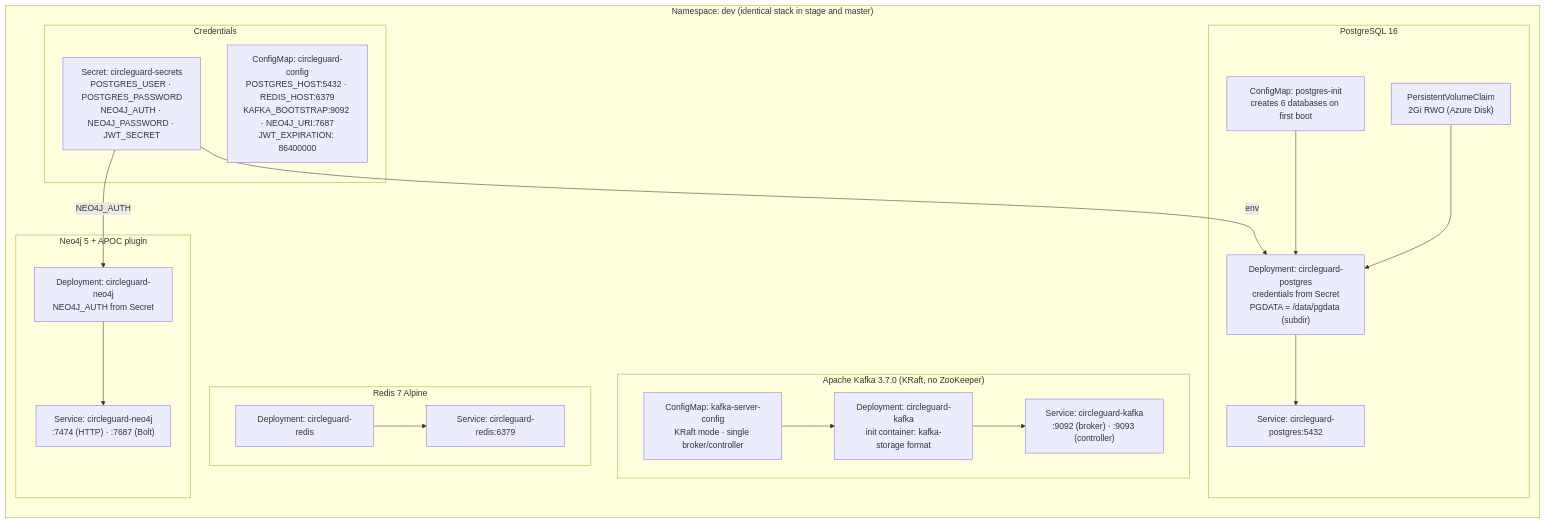
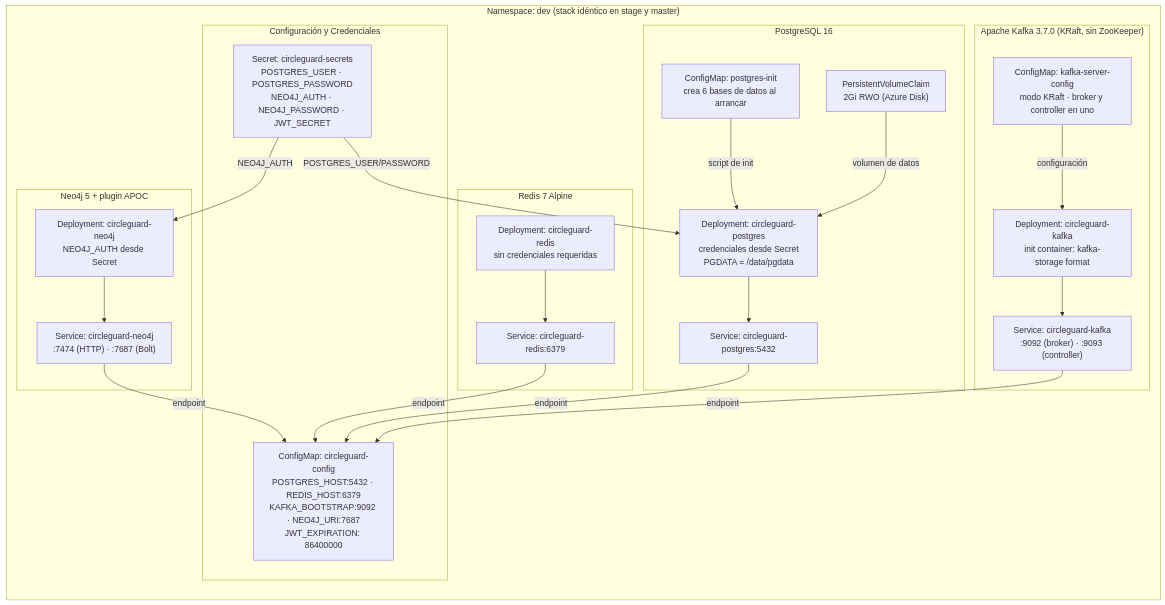
One commit to Electromayonaise/Circle-Guard-IngSoV changed the third of 4 diagrams in docs/diagrams/terraform-infrastructure.md. Above: the diagram before and after it, drawn with Mermaid. The commit also changed other lines of this file, not shown here.

Commit message:
docs(terraform): add infrastructure architecture diagram with Mermaid

````diff
--- a/docs/diagrams/terraform-infrastructure.md
+++ b/docs/diagrams/terraform-infrastructure.md
@@ -75,44 +77,50 @@
 ```mermaid
 graph TD
-    subgraph NS["Namespace: dev  (identical stack in stage and master)"]
+    subgraph NS["Namespace: dev  (stack idéntico en stage y master)"]
         direction TB
 
-        subgraph SECRETS["Credentials"]
+        subgraph CREDS["Configuración y Credenciales"]
             S["Secret: circleguard-secrets<br/>POSTGRES_USER · POSTGRES_PASSWORD<br/>NEO4J_AUTH · NEO4J_PASSWORD · JWT_SECRET"]
             C["ConfigMap: circleguard-config<br/>POSTGRES_HOST:5432 · REDIS_HOST:6379<br/>KAFKA_BOOTSTRAP:9092 · NEO4J_URI:7687<br/>JWT_EXPIRATION: 86400000"]
         end
 
         subgraph PG["PostgreSQL 16"]
             PVC["PersistentVolumeClaim<br/>2Gi RWO (Azure Disk)"]
-            PG_INIT["ConfigMap: postgres-init<br/>creates 6 databases on first boot"]
-            PG_DEP["Deployment: circleguard-postgres<br/>credentials from Secret<br/>PGDATA = /data/pgdata (subdir)"]
+            PG_INIT["ConfigMap: postgres-init<br/>crea 6 bases de datos al arrancar"]
+            PG_DEP["Deployment: circleguard-postgres<br/>credenciales desde Secret<br/>PGDATA = /data/pgdata"]
             PG_SVC["Service: circleguard-postgres:5432"]
         end
 
-        subgraph KF["Apache Kafka 3.7.0 (KRaft, no ZooKeeper)"]
-            KF_CFG["ConfigMap: kafka-server-config<br/>KRaft mode · single broker/controller"]
+        subgraph KF["Apache Kafka 3.7.0 (KRaft, sin ZooKeeper)"]
+            KF_CFG["ConfigMap: kafka-server-config<br/>modo KRaft · broker y controller en uno"]
             KF_DEP["Deployment: circleguard-kafka<br/>init container: kafka-storage format"]
             KF_SVC["Service: circleguard-kafka<br/>:9092 (broker) · :9093 (controller)"]
         end
 
         subgraph RD["Redis 7 Alpine"]
-            RD_DEP["Deployment: circleguard-redis"]
+            RD_DEP["Deployment: circleguard-redis<br/>sin credenciales requeridas"]
             RD_SVC["Service: circleguard-redis:6379"]
         end
 
-        subgraph N4J["Neo4j 5 + APOC plugin"]
-            N4J_DEP["Deployment: circleguard-neo4j<br/>NEO4J_AUTH from Secret"]
+        subgraph N4J["Neo4j 5 + plugin APOC"]
+            N4J_DEP["Deployment: circleguard-neo4j<br/>NEO4J_AUTH desde Secret"]
             N4J_SVC["Service: circleguard-neo4j<br/>:7474 (HTTP) · :7687 (Bolt)"]
         end
 
-        S -->|"env"| PG_DEP
+        S -->|"POSTGRES_USER/PASSWORD"| PG_DEP
         S -->|"NEO4J_AUTH"| N4J_DEP
-        PG_INIT --> PG_DEP
-        PVC --> PG_DEP
-        KF_CFG --> KF_DEP
+        PG_INIT -->|"script de init"| PG_DEP
+        PVC -->|"volumen de datos"| PG_DEP
+        KF_CFG -->|"configuración"| KF_DEP
+
         PG_DEP --> PG_SVC
         KF_DEP --> KF_SVC
         RD_DEP --> RD_SVC
         N4J_DEP --> N4J_SVC
+
+        PG_SVC -->|"endpoint"| C
+        KF_SVC -->|"endpoint"| C
+        RD_SVC -->|"endpoint"| C
+        N4J_SVC -->|"endpoint"| C
     end
 ```
````
